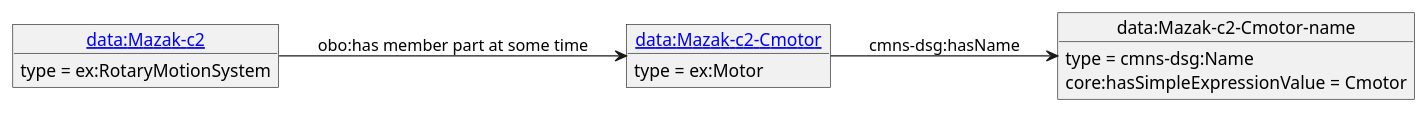
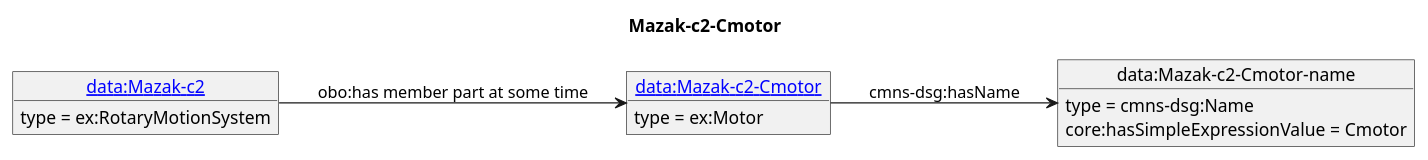
Before and after one commit to iofoundry/example-syseng-mtconnect: the diagram in diagrams/Mazak-c2-Cmotor.puml, drawn with PlantUML. The commit also changed 140 other files, not shown here.

```diff
--- a/diagrams/Mazak-c2-Cmotor.puml
+++ b/diagrams/Mazak-c2-Cmotor.puml
@@ -1,16 +1,17 @@
 @startuml
 skinparam linetype polyline
 left to right direction
+title Mazak-c2-Cmotor
 object "[[./Mazak-c2-Cmotor.html data:Mazak-c2-Cmotor]]" as o1 {
  type = ex:Motor
  }
 object "data:Mazak-c2-Cmotor-name" as o2 {
  type = cmns-dsg:Name
  }
 object "[[./Mazak-c2.html data:Mazak-c2]]" as o3 {
  type = ex:RotaryMotionSystem
  }
 o1 --> o2 : cmns-dsg:hasName
 o2 : core:hasSimpleExpressionValue = Cmotor
 o3 --> o1 : obo:has member part at some time
 @enduml
```
